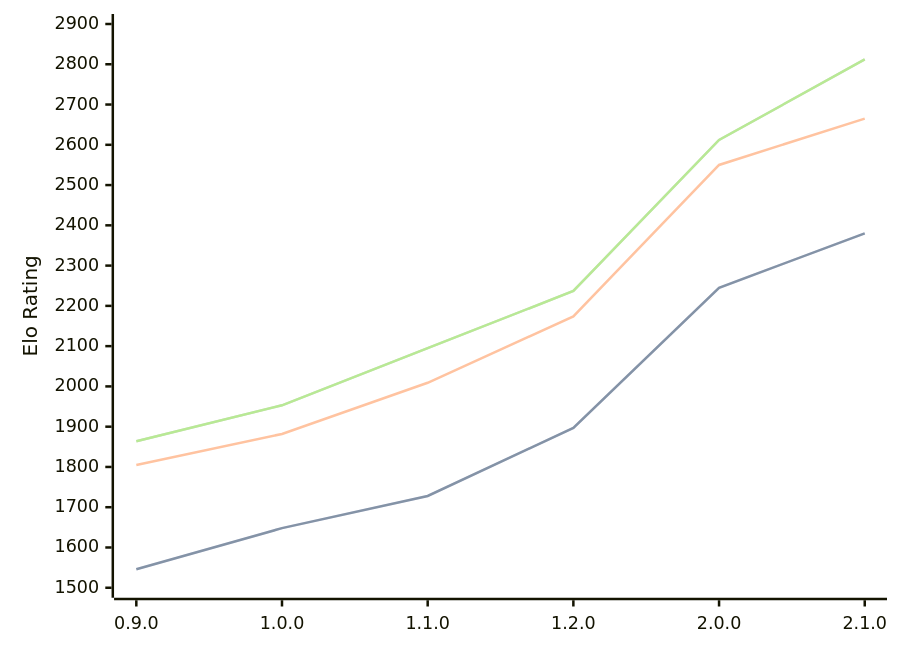
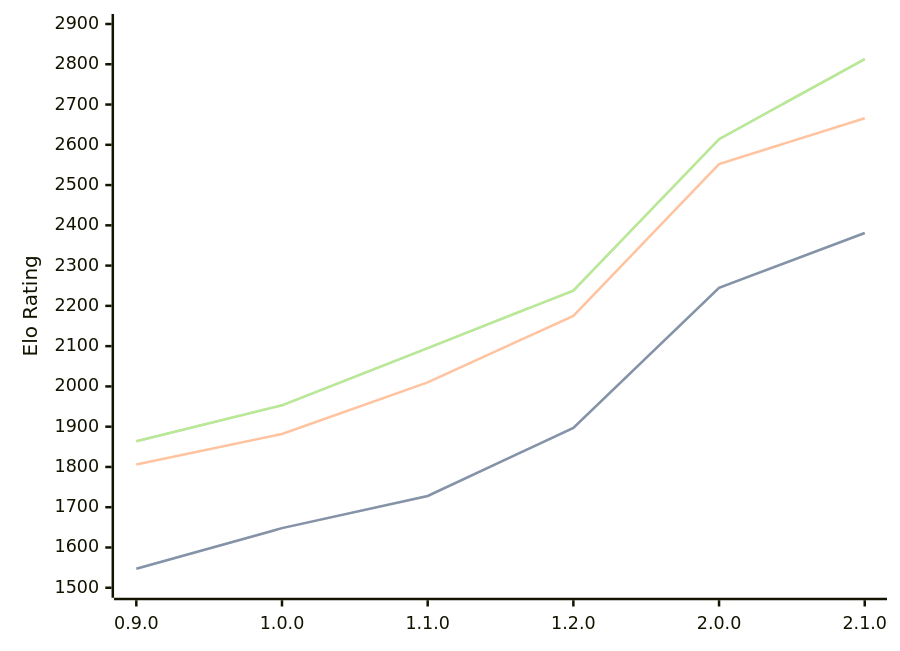
The diagram in engines/Ratsu.md (computer-chess-index/cci), drawn with Mermaid before and after one commit. The commit also changed other lines of this file, not shown here.

Commit message:
Update CCI Ratings (ELO VLTC) - 2026-09-14

````diff
--- a/engines/Ratsu.md
+++ b/engines/Ratsu.md
@@ -36,11 +36,11 @@
 ```mermaid
 %%{init: {"theme":"base","themeVariables":{"seriesColors:['#a3a3a3','#222221','#faa371']}}}%%
 xychart-beta
   x-axis ["0.9.0", "1.0.0", "1.1.0", "1.2.0", "2.0.0", "2.1.0"]
   y-axis "Elo Rating" 1500 --> 2900
-  line "" [1546, 1648, 1728, 1897, 2245, 2380]
-  line "STC (8.0+0.08s)" [1546, 1648, 1728, 1897, 2245, 2380]
-  line "LTC (60.0+0.60s)" [1805, 1882, 2009, 2174, 2550, 2665]
-  line "" [1864, 1953, 2095, 2237, 2612, 2812]
-  line "VLTC (2m24s+1.12s)" [1864, 1953, 2095, 2237, 2612, 2812]
+  line "" [1547, 1648, 1728, 1897, 2245, 2381]
+  line "STC (8.0+0.08s)" [1547, 1648, 1728, 1897, 2245, 2381]
+  line "LTC (60.0+0.60s)" [1806, 1882, 2010, 2175, 2552, 2666]
+  line "" [1864, 1953, 2095, 2238, 2614, 2813]
+  line "VLTC (2m24s+1.12s)" [1864, 1953, 2095, 2238, 2614, 2813]
 ```
````
